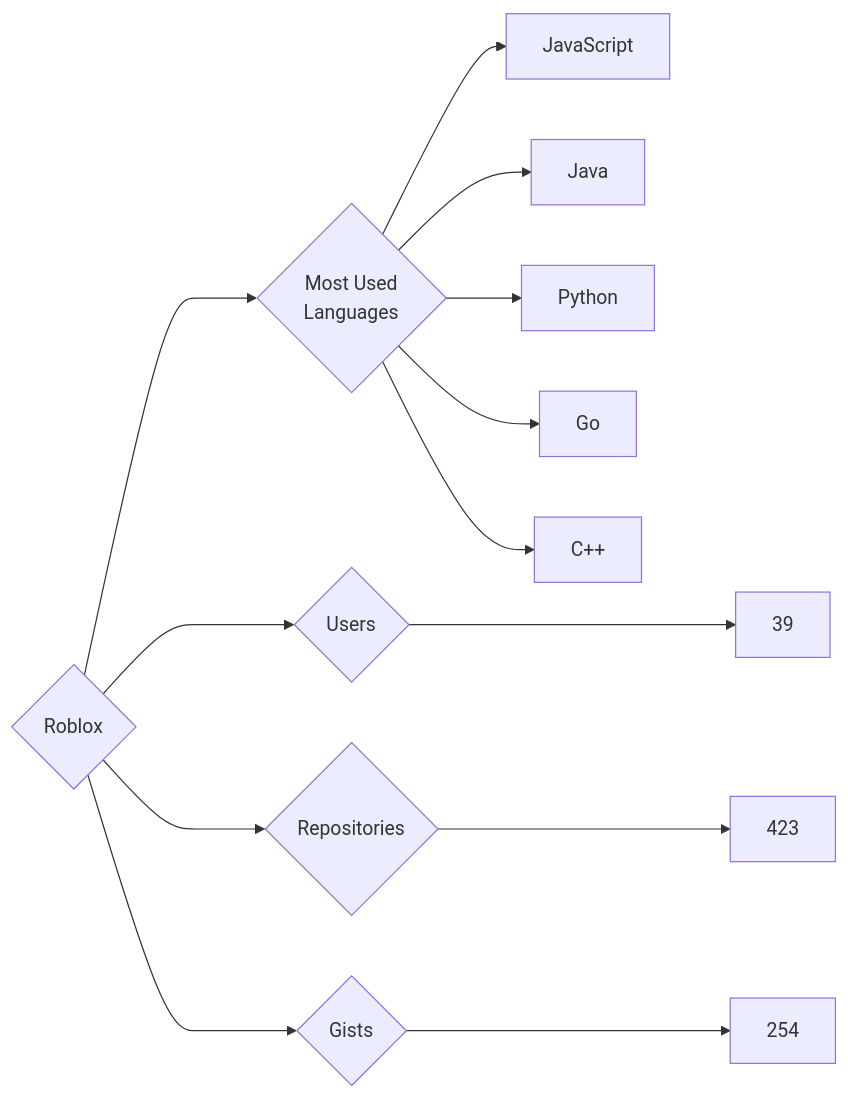
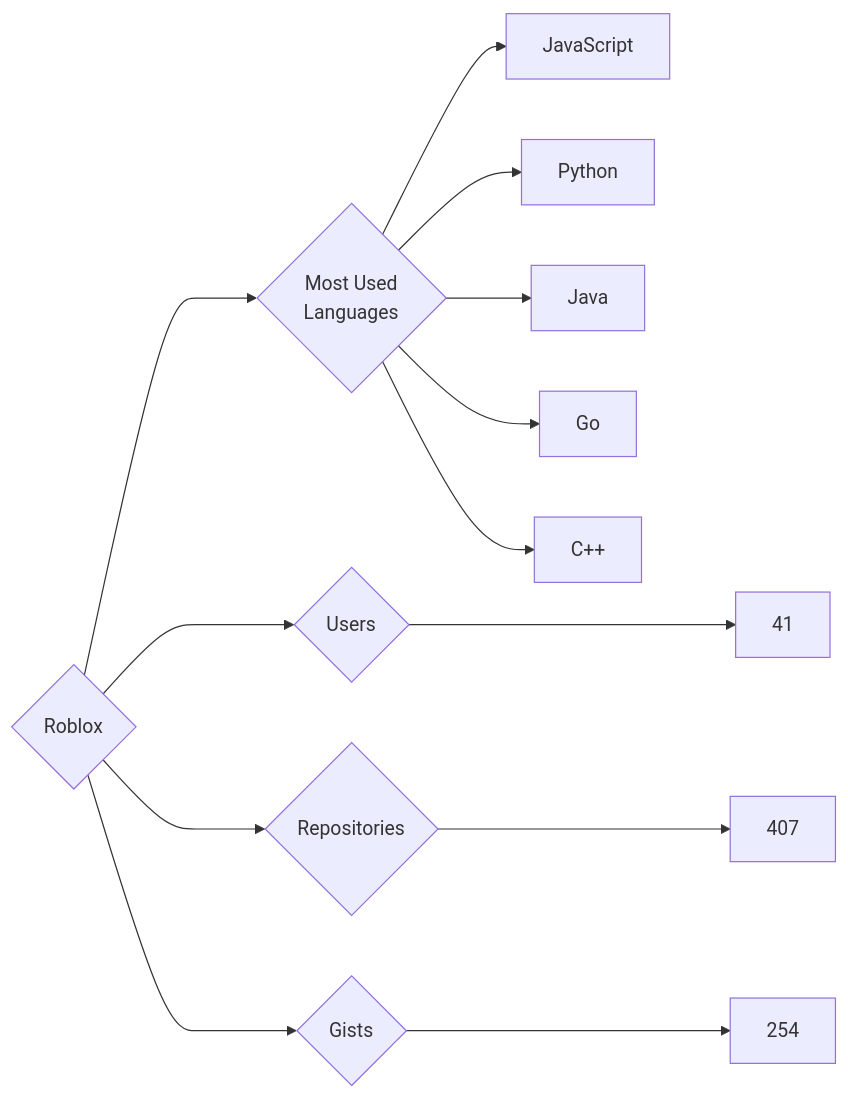
Before and after one commit to trickest/insiders: the diagram in targets/Roblox/README.md, drawn with Mermaid. The commit also changed 1248 other files, not shown here.

````diff
--- a/targets/Roblox/README.md
+++ b/targets/Roblox/README.md
@@ -3,13 +3,13 @@
 ```mermaid
 graph LR
 COMPANY_NAME{Roblox}
-COMPANY_NAME ---> U{Users} ---> UN[39]
-COMPANY_NAME ---> R{Repositories} ---> RN[423]
+COMPANY_NAME ---> U{Users} ---> UN[41]
+COMPANY_NAME ---> R{Repositories} ---> RN[407]
 COMPANY_NAME ---> G{Gists} ---> GN[254]
 COMPANY_NAME ---> ML{Most Used<br>Languages}
 ML --> JavaScript[JavaScript]
+ML --> Python[Python]
 ML --> Java[Java]
-ML --> Python[Python]
 ML --> Go[Go]
 ML --> C++[C++]
 ```
````
